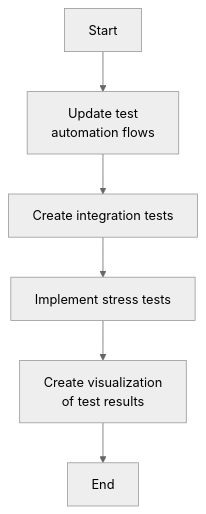
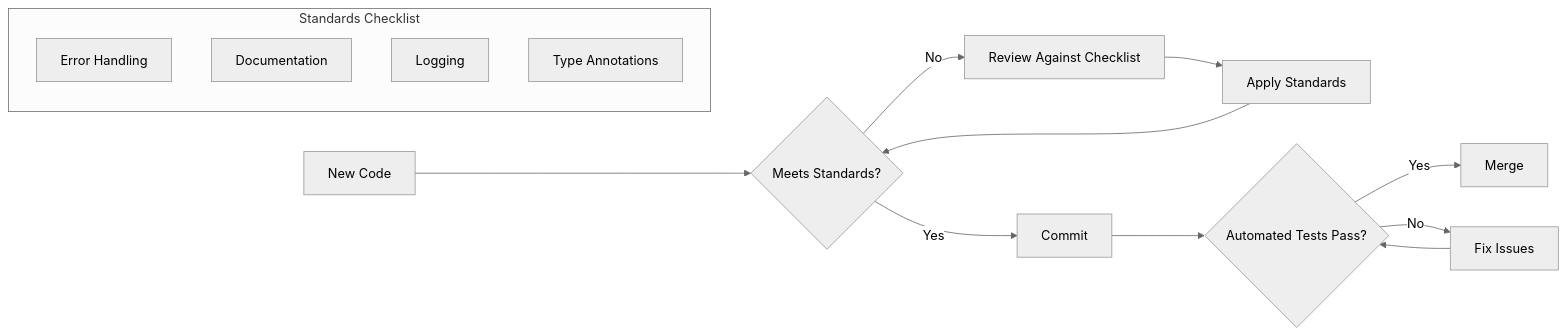
Before and after one commit to Utak-West/The-HigherSelf-Network-Server: the second of 2 diagrams in automation_infrastructure_completion_plan.md, drawn with Mermaid (neutral theme). The commit also changed other lines of this file and 1 other file, not shown here.

````diff
--- a/automation_infrastructure_completion_plan.md
+++ b/automation_infrastructure_completion_plan.md
@@ -519,8 +89,20 @@
 ```mermaid
-flowchart TD
-    A[Start] --> B[Update test\nautomation flows]
-    B --> C[Create integration tests]
-    C --> D[Implement stress tests]
-    D --> E[Create visualization\nof test results]
-    E --> F[End]
+flowchart LR
+    A[New Code] --> B{Meets Standards?}
+    B -->|Yes| C[Commit]
+    B -->|No| D[Review Against Checklist]
+    D --> E[Apply Standards]
+    E --> B
+    
+    C --> F{Automated Tests Pass?}
+    F -->|Yes| G[Merge]
+    F -->|No| H[Fix Issues]
+    H --> F
+    
+    subgraph "Standards Checklist"
+    I[Error Handling]
+    J[Documentation]
+    K[Logging]
+    L[Type Annotations]
+    end
 ```
````
